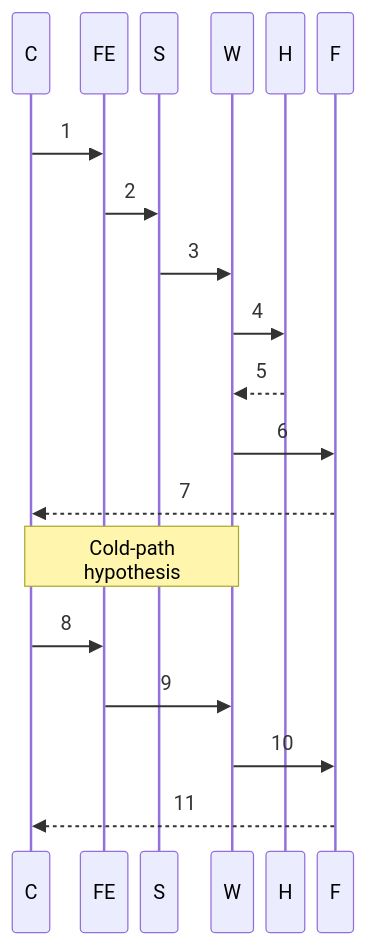
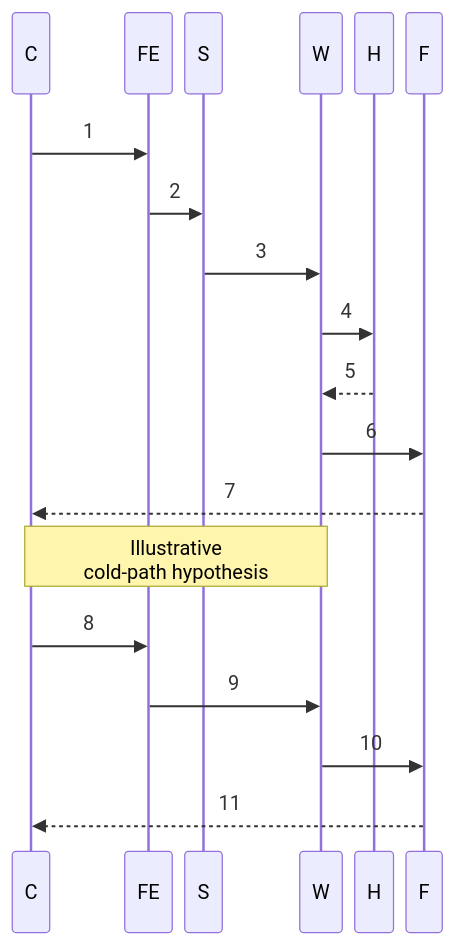
The second of 5 diagrams in docs/troubleshooting/lab-guides/cold-start.md (yeongseon/azure-functions-practical-guide), drawn with Mermaid before and after one commit. The commit also changed other lines of this file and 1 other file, not shown here.

Commit message:
docs(diagrams): clarify the illustrative cold-start sequence
Make the sequence hypothesis explicit inside the figure and complete its
event-driven scaling source. Refresh only the changed diagram fingerprint.

Refs #254

````diff
--- a/docs/troubleshooting/lab-guides/cold-start.md
+++ b/docs/troubleshooting/lab-guides/cold-start.md
@@ -182,24 +182,24 @@
 ```mermaid
 %%{init: {'sequence': {'width': 25, 'actorMargin': 10, 'diagramMarginX': 5, 'messageMargin': 20, 'noteMargin': 5}}}%%
 sequenceDiagram
     accTitle: How do the reported cold and warm requests compare?
     accDescr: Illustrative FC1 timeline with six distinct roles and the original cold-then-warm exchange order. Numbered messages refer to the adjacent key. Historical client and host timings are retained, not newly validated; internal handoffs are conceptual rather than captured protocol messages.
     participant Client as C
     participant FE as FE
     participant Scale as S
     participant Worker as W
     participant Host as H
     participant Func as F
     Client->>FE: 1
     FE->>Scale: 2
     Scale->>Worker: 3
     Worker->>Host: 4
     Host-->>Worker: 5
     Worker->>Func: 6
     Func-->>Client: 7
-    Note over Client,Worker: Cold-path<br/>hypothesis
+    Note over Client,Worker: Illustrative<br/>cold-path hypothesis
     Client->>FE: 8
     FE->>Worker: 9
     Worker->>Func: 10
     Func-->>Client: 11
 ```
````
